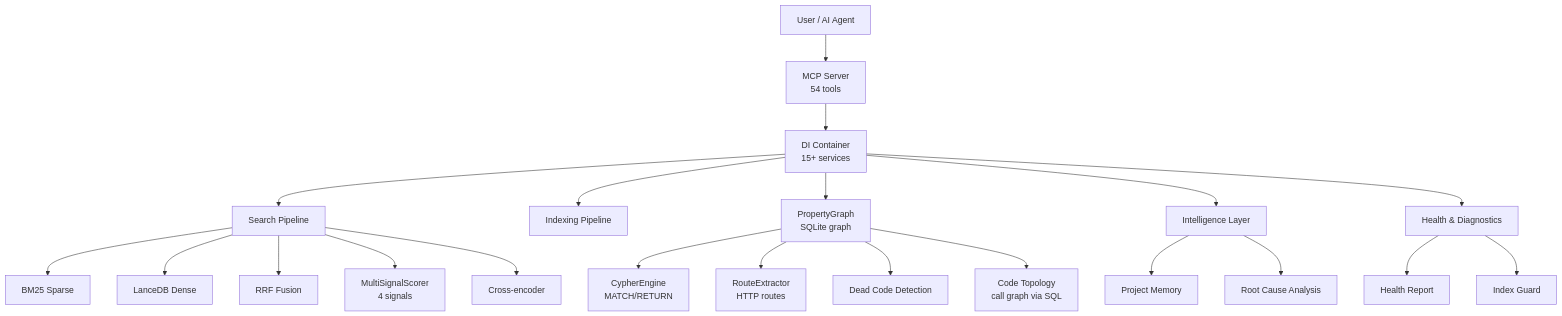
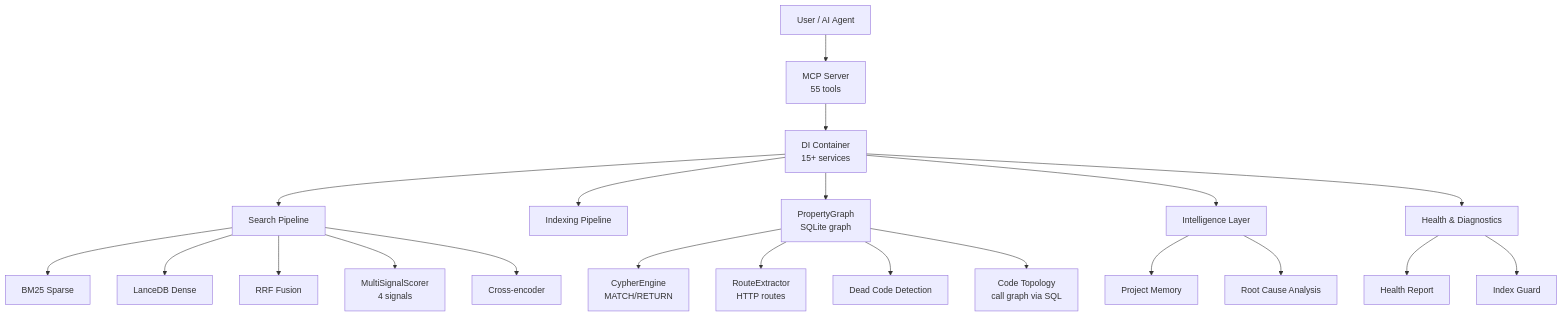
Before and after one commit to ManSio/mscodebase-intelligence: the first of 8 diagrams in docs/zh/ARCHITECTURE_DEEP.md, drawn with Mermaid. The commit also changed other lines of this file and 33 other files, not shown here.

````diff
--- a/docs/zh/ARCHITECTURE_DEEP.md
+++ b/docs/zh/ARCHITECTURE_DEEP.md
@@ -7,27 +7,27 @@
 ```mermaid
 flowchart TD
-    User[User / AI Agent] --> MCP[MCP Server\n54 tools]
+    User[User / AI Agent] --> MCP[MCP Server\n55 tools]
     MCP --> DI[DI Container\n15+ services]
     DI --> Search[Search Pipeline]
     DI --> Index[Indexing Pipeline]
     DI --> Graph[PropertyGraph\nSQLite graph]
     DI --> Intel[Intelligence Layer]
     DI --> Health[Health & Diagnostics]
     
     Search --> BM25[BM25 Sparse]
     Search --> Dense[LanceDB Dense]
     Search --> RRF[RRF Fusion]
     Search --> MultiSig[MultiSignalScorer\n4 signals]
     Search --> Rerank[Cross-encoder]
     
     Graph --> Cypher[CypherEngine\nMATCH/RETURN]
     Graph --> Route[RouteExtractor\nHTTP routes]
     Graph --> Dead[Dead Code Detection]
     Graph --> Topology[Code Topology\ncall graph via SQL]
     
     Intel --> Memory[Project Memory]
     Intel --> RCA[Root Cause Analysis]
     
     Health --> Report[Health Report]
     Health --> Guard[Index Guard]
 ```
````
